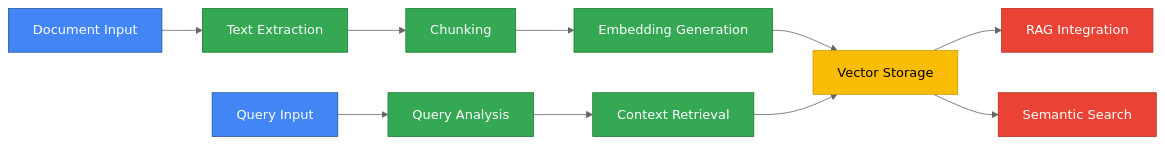
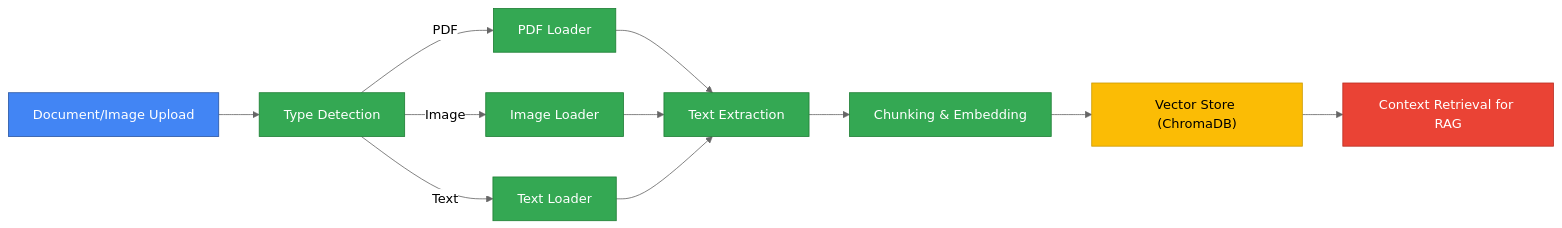
Before and after one commit to khaosans/basic-chat: the third of 6 diagrams in README.md, drawn with Mermaid (neutral theme). The commit also changed other lines of this file, not shown here.

Commit message:
docs: Revise README.md for clarity and detail - Update system architecture diagrams and descriptions - Enhance reasoning modes flow and document processing pipeline - Add memory management and model interaction flow diagrams

````diff
--- a/README.md
+++ b/README.md
@@ -87,20 +94,20 @@
 ```mermaid
 graph LR
-    %% Color definitions
     classDef input fill:#4285f4,stroke:#2956a3,color:white
     classDef process fill:#34a853,stroke:#1e7e34,color:white
     classDef storage fill:#fbbc05,stroke:#cc9a04,color:black
     classDef output fill:#ea4335,stroke:#b92d22,color:white
 
-    A[Document Input]:::input --> B[Text Extraction]:::process
-    B --> C[Chunking]:::process
-    C --> D[Embedding Generation]:::process
-    D --> E[Vector Storage]:::storage
-    
-    F[Query Input]:::input --> G[Query Analysis]:::process
-    G --> H[Context Retrieval]:::process
-    H --> E
-    
-    E --> I[RAG Integration]:::output
-    E --> J[Semantic Search]:::output
+    A["Document/Image Upload"]:::input --> B["Type Detection"]:::process
+    B -->|PDF| C["PDF Loader"]:::process
+    B -->|Image| D["Image Loader"]:::process
+    B -->|Text| E["Text Loader"]:::process
+
+    C --> F["Text Extraction"]:::process
+    D --> F
+    E --> F
+
+    F --> G["Chunking & Embedding"]:::process
+    G --> H["Vector Store (ChromaDB)"]:::storage
+    H --> I["Context Retrieval for RAG"]:::output
 ```
````
